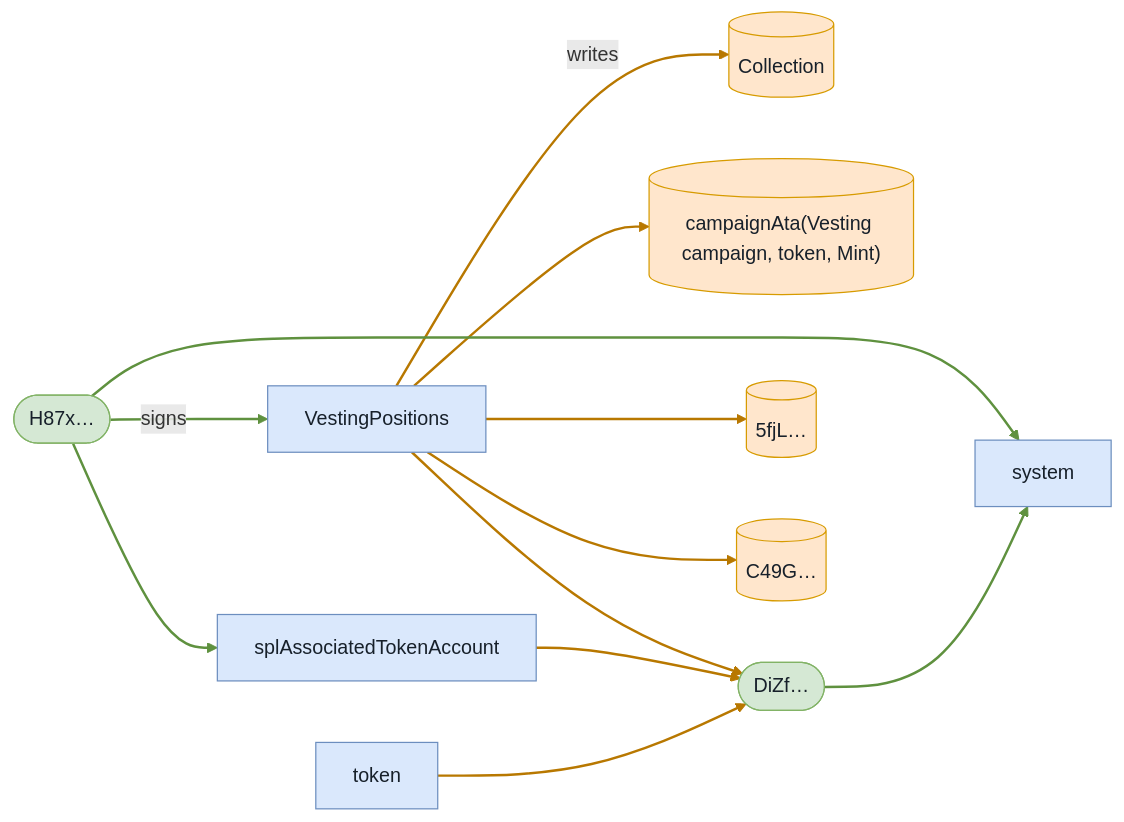
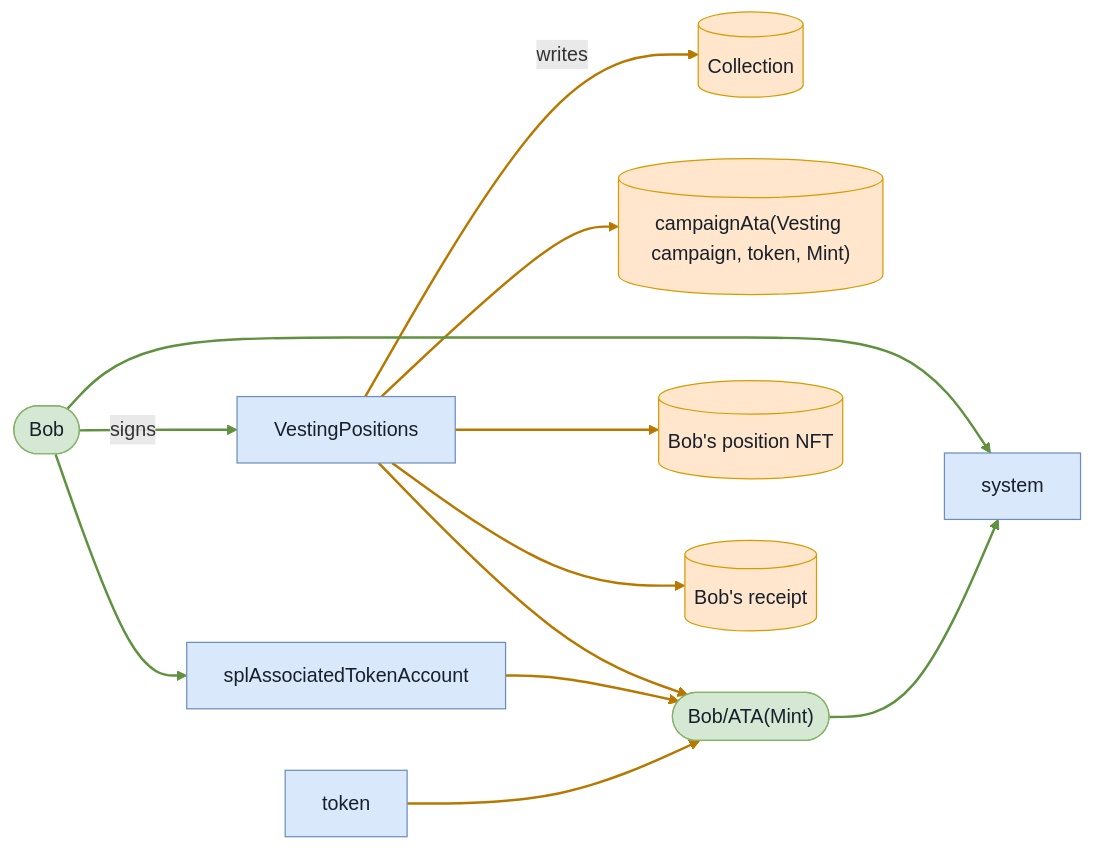
The eighth of 9 diagrams in babelfish-tests/test-report/clawback_unclaimed_recovers_allocation_and_blocks_claim.md (cds-turbin3/vesting-position), drawn with Mermaid before and after one commit. The commit also changed other lines of this file and 104 other files, not shown here.

````diff
--- a/babelfish-tests/test-report/clawback_unclaimed_recovers_allocation_and_blocks_claim.md
+++ b/babelfish-tests/test-report/clawback_unclaimed_recovers_allocation_and_blocks_claim.md
@@ -337,29 +336,29 @@
 ```mermaid
 flowchart LR
     VestingPositions["VestingPositions"]:::program
-    H87x(["H87x…"]):::signer
+    Bob(["Bob"]):::signer
     Collection[("Collection")]:::state
     campaignAtaVestingcampaigntokenMint[("campaignAta(Vesting campaign, token, Mint)")]:::state
-    DiZf(["DiZf…"]):::signer
-    n5fjL[("5fjL…")]:::state
-    C49G[("C49G…")]:::state
+    BobATAMint(["Bob/ATA(Mint)"]):::signer
+    BobspositionNFT[("Bob's position NFT")]:::state
+    Bobsreceipt[("Bob's receipt")]:::state
     splAssociatedTokenAccount["splAssociatedTokenAccount"]:::program
     token["token"]:::program
     system["system"]:::program
-    H87x -->|signs| VestingPositions
+    Bob -->|signs| VestingPositions
     VestingPositions -->|writes| Collection
     VestingPositions --> campaignAtaVestingcampaigntokenMint
-    VestingPositions --> DiZf
-    VestingPositions --> n5fjL
-    VestingPositions --> C49G
-    H87x --> splAssociatedTokenAccount
-    splAssociatedTokenAccount --> DiZf
-    H87x --> system
-    DiZf --> system
-    token --> DiZf
+    VestingPositions --> BobATAMint
+    VestingPositions --> BobspositionNFT
+    VestingPositions --> Bobsreceipt
+    Bob --> splAssociatedTokenAccount
+    splAssociatedTokenAccount --> BobATAMint
+    Bob --> system
+    BobATAMint --> system
+    token --> BobATAMint
     classDef program fill:#dae8fc,stroke:#6c8ebf,color:#17202a;
     classDef signer fill:#d5e8d4,stroke:#82b366,color:#17202a;
     classDef state fill:#ffe6cc,stroke:#d79b00,color:#17202a;
     linkStyle 0,6,8,9 stroke:#5f913f,stroke-width:2px
     linkStyle 1,2,3,4,5,7,10 stroke:#b87800,stroke-width:2px
 ```
````
